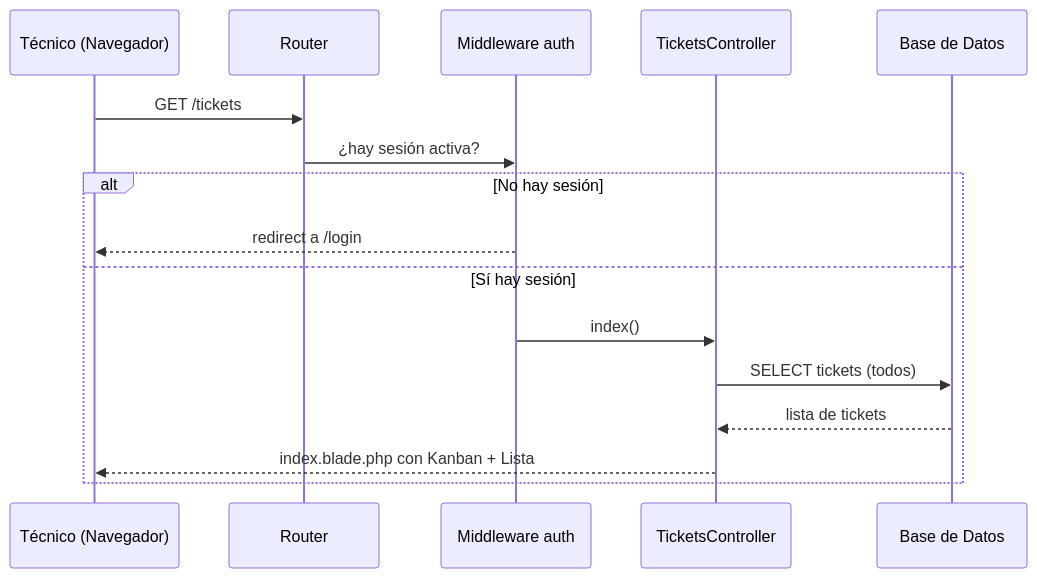
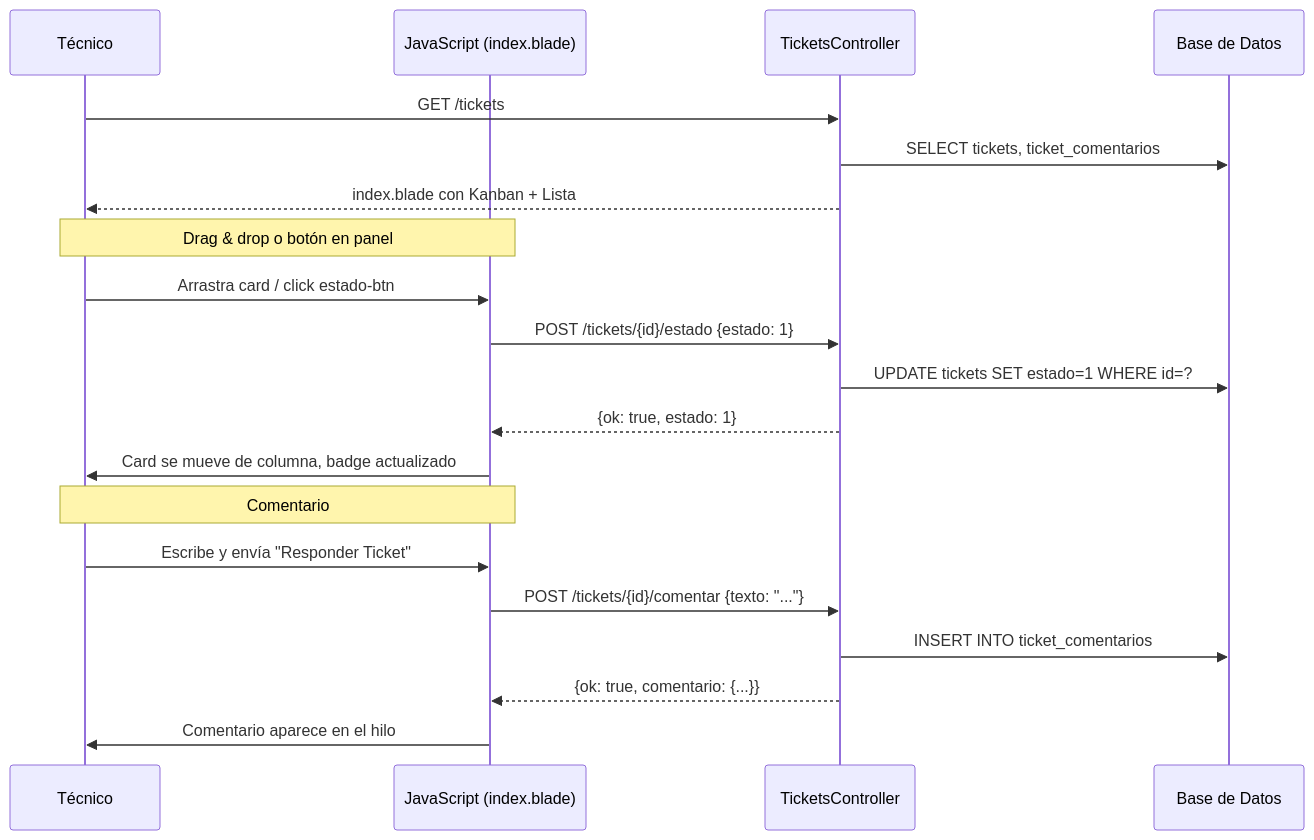
The second of 3 diagrams in IMJUnificado/Doc/modulo-tickets.md (SoporteIMJUVE/IMJTickets), drawn with Mermaid before and after one commit. The commit also changed other lines of this file and 10 other files, not shown here.

````diff
--- a/IMJUnificado/Doc/modulo-tickets.md
+++ b/IMJUnificado/Doc/modulo-tickets.md
@@ -121,20 +157,25 @@
 ```mermaid
 sequenceDiagram
-    participant T as Técnico (Navegador)
-    participant R as Router
-    participant M as Middleware auth
+    participant T as Técnico
+    participant JS as JavaScript (index.blade)
     participant C as TicketsController
     participant BD as Base de Datos
 
-    T->>R: GET /tickets
-    R->>M: ¿hay sesión activa?
+    T->>C: GET /tickets
+    C->>BD: SELECT tickets, ticket_comentarios
+    C-->>T: index.blade con Kanban + Lista
 
-    alt No hay sesión
-        M-->>T: redirect a /login
-    else Sí hay sesión
-        M->>C: index()
-        C->>BD: SELECT tickets (todos)
-        BD-->>C: lista de tickets
-        C-->>T: index.blade.php con Kanban + Lista
-    end
+    Note over T,JS: Drag & drop o botón en panel
+    T->>JS: Arrastra card / click estado-btn
+    JS->>C: POST /tickets/{id}/estado {estado: 1}
+    C->>BD: UPDATE tickets SET estado=1 WHERE id=?
+    C-->>JS: {ok: true, estado: 1}
+    JS->>T: Card se mueve de columna, badge actualizado
+
+    Note over T,JS: Comentario
+    T->>JS: Escribe y envía "Responder Ticket"
+    JS->>C: POST /tickets/{id}/comentar {texto: "..."}
+    C->>BD: INSERT INTO ticket_comentarios
+    C-->>JS: {ok: true, comentario: {...}}
+    JS->>T: Comentario aparece en el hilo
 ```
````
